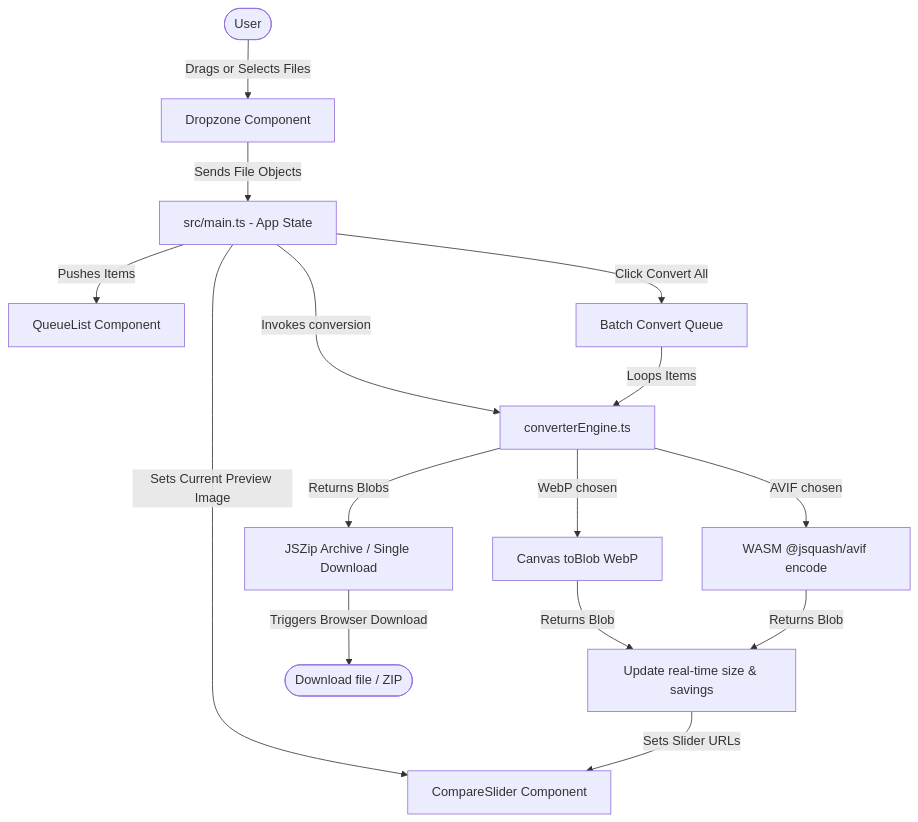
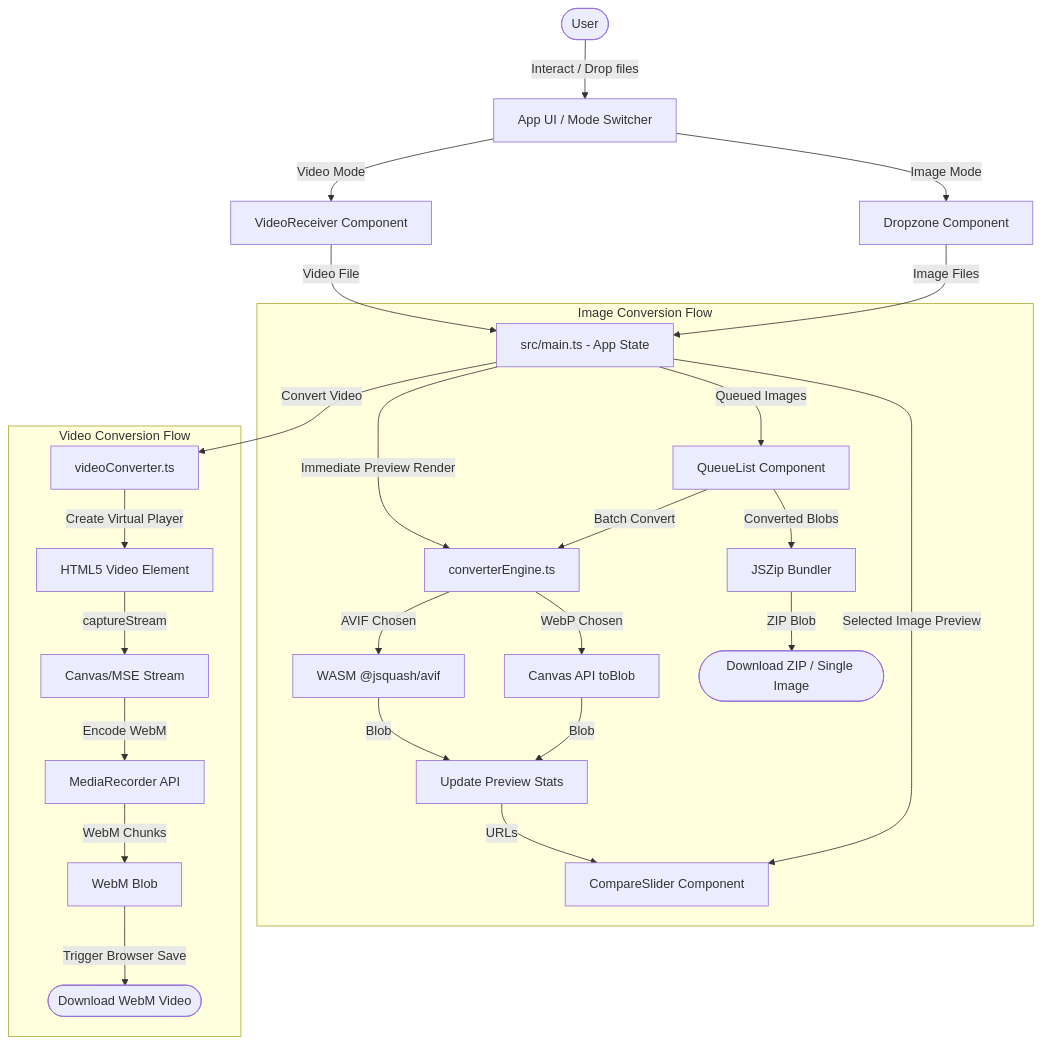
Before and after one commit to SERAVEEM/Image-Converter-: the diagram in README.md, drawn with Mermaid. The commit also changed other lines of this file and 1 other file, not shown here.

````diff
--- a/README.md
+++ b/README.md
@@ -66,21 +30,32 @@
 ```mermaid
 graph TD
-    User([User]) -->|Drags or Selects Files| DZ[Dropzone Component]
-    DZ -->|Sends File Objects| Main[src/main.ts - App State]
-    Main -->|Pushes Items| QL[QueueList Component]
-    Main -->|Sets Current Preview Image| CS[CompareSlider Component]
-    Main -->|Invokes conversion| CE[converterEngine.ts]
+    User([User]) -->|Interact / Drop files| UI[App UI / Mode Switcher]
+    UI -->|Image Mode| DZ[Dropzone Component]
+    UI -->|Video Mode| VR[VideoReceiver Component]
     
-    CE -->|WebP chosen| Native[Canvas toBlob WebP]
-    CE -->|AVIF chosen| WASM[WASM @jsquash/avif encode]
+    DZ -->|Image Files| Main[src/main.ts - App State]
+    VR -->|Video File| Main
     
-    Native -->|Returns Blob| PreviewStats[Update real-time size & savings]
-    WASM -->|Returns Blob| PreviewStats
+    subgraph Image Conversion Flow
+        Main -->|Selected Image Preview| CS[CompareSlider Component]
+        Main -->|Queued Images| QL[QueueList Component]
+        QL -->|Batch Convert| CE[converterEngine.ts]
+        Main -->|Immediate Preview Render| CE
+        CE -->|WebP Chosen| Canvas[Canvas API toBlob]
+        CE -->|AVIF Chosen| WASM[WASM @jsquash/avif]
+        Canvas -->|Blob| Stats[Update Preview Stats]
+        WASM -->|Blob| Stats
+        Stats -->|URLs| CS
+        QL -->|Converted Blobs| JSZip[JSZip Bundler]
+        JSZip -->|ZIP Blob| DownloadImg([Download ZIP / Single Image])
+    end
     
-    PreviewStats -->|Sets Slider URLs| CS
-    
-    Main -->|Click Convert All| Batch[Batch Convert Queue]
-    Batch -->|Loops Items| CE
-    CE -->|Returns Blobs| Zip[JSZip Archive / Single Download]
-    Zip -->|Triggers Browser Download| Download([Download file / ZIP])
+    subgraph Video Conversion Flow
+        Main -->|Convert Video| VC[videoConverter.ts]
+        VC -->|Create Virtual Player| VideoElement[HTML5 Video Element]
+        VideoElement -->|captureStream| Stream[Canvas/MSE Stream]
+        Stream -->|Encode WebM| MR[MediaRecorder API]
+        MR -->|WebM Chunks| WebMBlob[WebM Blob]
+        WebMBlob -->|Trigger Browser Save| DownloadVid([Download WebM Video])
+    end
 ```
````
